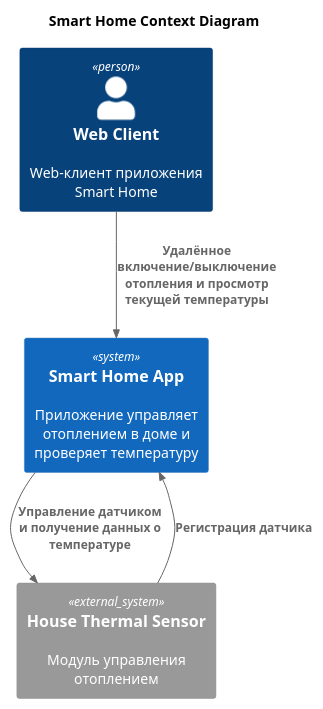
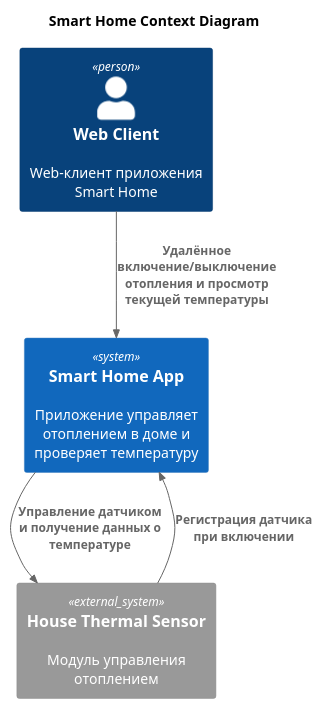
Before and after one commit to kotenev/architecture-pro-warmhouse: the diagram in docs/C4/Context.puml, drawn with PlantUML.

Commit message:
Исправлен контекст "регистрации датчика при включении" в "AS-IS" диаграмме контекста приложения "Умный дом" (Smart Home App)

```diff
--- a/docs/C4/Context.puml
+++ b/docs/C4/Context.puml
@@ -1,17 +1,17 @@
 @startuml
 title Smart Home Context Diagram
 
 top to bottom direction
 
 !includeurl https://raw.githubusercontent.com/RicardoNiepel/C4-PlantUML/master/C4_Component.puml
 
 Person(client, "Web Client", "Web-клиент приложения Smart Home")
 System(smart_home, "Smart Home App", "Приложение управляет отоплением в доме и проверяет температуру")
 
 System_Ext(sensor, "House Thermal Sensor", "Модуль управления отоплением")
 
 Rel(client, smart_home, "Удалённое включение/выключение отопления и просмотр текущей температуры")
-Rel(sensor, smart_home, "Регистрация датчика")
+Rel(sensor, smart_home, "Регистрация датчика при включении")
 Rel(smart_home, sensor, "Управление датчиком и получение данных о температуре")
 
 @enduml
```
